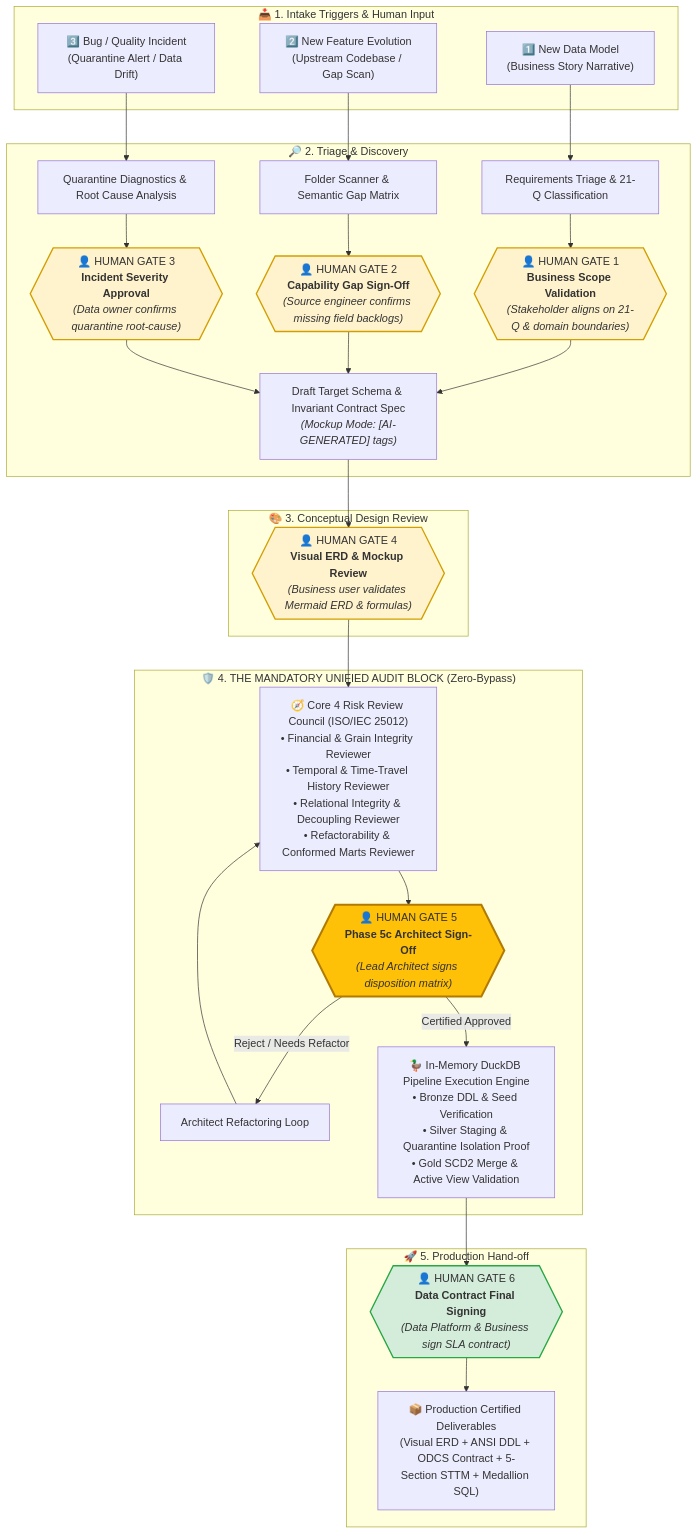
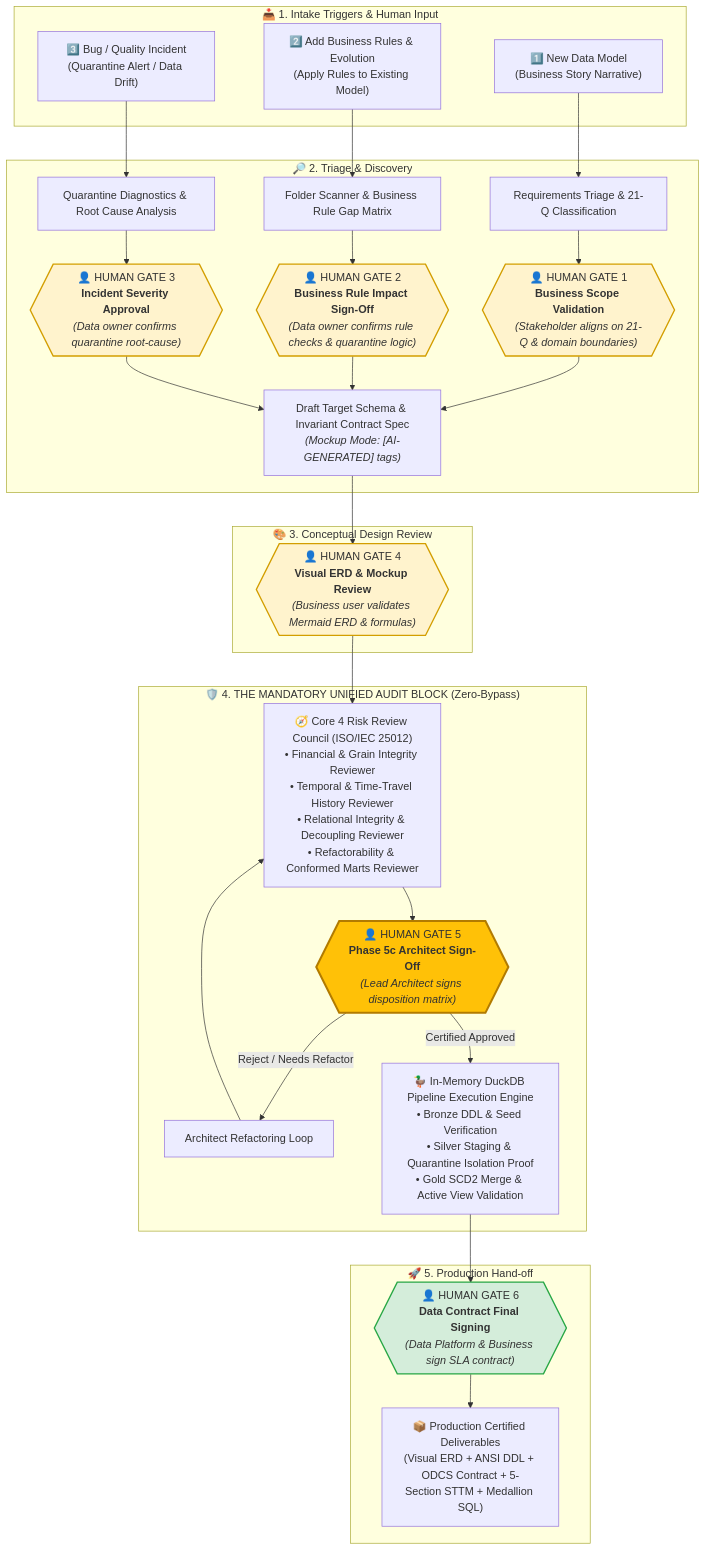
One commit to rachardv/data-model-architect changed the third of 3 diagrams in docs/ARCHITECTURE_AND_RUBRICS.md. Above: the diagram before and after it, drawn with Mermaid. The commit also changed other lines of this file, not shown here.

Commit message:
docs(workflows): officially rename Workflow 2 to 'Add Business Rules'

````diff
--- a/docs/ARCHITECTURE_AND_RUBRICS.md
+++ b/docs/ARCHITECTURE_AND_RUBRICS.md
@@ -94,48 +94,48 @@
 ```mermaid
 flowchart TD
     subgraph INTAKE["📥 1. Intake Triggers & Human Input"]
         W1["1️⃣ New Data Model<br/>(Business Story Narrative)"]
-        W2["2️⃣ New Feature Evolution<br/>(Upstream Codebase / Gap Scan)"]
+        W2["2️⃣ Add Business Rules & Evolution<br/>(Apply Rules to Existing Model)"]
         W3["3️⃣ Bug / Quality Incident<br/>(Quarantine Alert / Data Drift)"]
     end
 
     subgraph TRIAGE_DISCOVERY["🔎 2. Triage & Discovery"]
         W1 --> T1["Requirements Triage & 21-Q Classification"]
-        W2 --> T2["Folder Scanner & Semantic Gap Matrix"]
+        W2 --> T2["Folder Scanner & Business Rule Gap Matrix"]
         W3 --> T3["Quarantine Diagnostics & Root Cause Analysis"]
         
         T1 --> H1{{"👤 HUMAN GATE 1<br/><b>Business Scope Validation</b><br/><i>(Stakeholder aligns on 21-Q & domain boundaries)</i>"}}
-        T2 --> H2{{"👤 HUMAN GATE 2<br/><b>Capability Gap Sign-Off</b><br/><i>(Source engineer confirms missing field backlogs)</i>"}}
+        T2 --> H2{{"👤 HUMAN GATE 2<br/><b>Business Rule Impact Sign-Off</b><br/><i>(Data owner confirms rule checks & quarantine logic)</i>"}}
         T3 --> H3{{"👤 HUMAN GATE 3<br/><b>Incident Severity Approval</b><br/><i>(Data owner confirms quarantine root-cause)</i>"}}
         
         H1 --> S1["Draft Target Schema & Invariant Contract Spec<br/><i>(Mockup Mode: [AI-GENERATED] tags)</i>"]
         H2 --> S1
         H3 --> S1
     end
 
     subgraph CONCEPT_REVIEW["🎨 3. Conceptual Design Review"]
         S1 --> H4{{"👤 HUMAN GATE 4<br/><b>Visual ERD & Mockup Review</b><br/><i>(Business user validates Mermaid ERD & formulas)</i>"}}
     end
 
     subgraph UNIFIED_AUDIT["🛡️ 4. THE MANDATORY UNIFIED AUDIT BLOCK (Zero-Bypass)"]
         H4 --> AC["🧭 Core 4 Risk Review Council (ISO/IEC 25012)<br/>• Financial & Grain Integrity Reviewer<br/>• Temporal & Time-Travel History Reviewer<br/>• Relational Integrity & Decoupling Reviewer<br/>• Refactorability & Conformed Marts Reviewer"]
         
         AC --> H5{{"👤 HUMAN GATE 5<br/><b>Phase 5c Architect Sign-Off</b><br/><i>(Lead Architect signs disposition matrix)</i>"}}
         H5 -- Reject / Needs Refactor --> REF["Architect Refactoring Loop"]
         REF --> AC
         
         H5 -- Certified Approved --> DUCK["🦆 In-Memory DuckDB Pipeline Execution Engine<br/>• Bronze DDL & Seed Verification<br/>• Silver Staging & Quarantine Isolation Proof<br/>• Gold SCD2 Merge & Active View Validation"]
     end
 
     subgraph PRODUCTION["🚀 5. Production Hand-off"]
         DUCK --> H6{{"👤 HUMAN GATE 6<br/><b>Data Contract Final Signing</b><br/><i>(Data Platform & Business sign SLA contract)</i>"}}
         H6 --> OUT["📦 Production Certified Deliverables<br/>(Visual ERD + ANSI DDL + ODCS Contract + 5-Section STTM + Medallion SQL)"]
     end
 
     style H1 fill:#fff3cd,stroke:#d39e00,stroke-width:2px
     style H2 fill:#fff3cd,stroke:#d39e00,stroke-width:2px
     style H3 fill:#fff3cd,stroke:#d39e00,stroke-width:2px
     style H4 fill:#fff3cd,stroke:#d39e00,stroke-width:2px
     style H5 fill:#ffc107,stroke:#b27b00,stroke-width:3px
     style H6 fill:#d4edda,stroke:#28a745,stroke-width:2px
 ```
````
